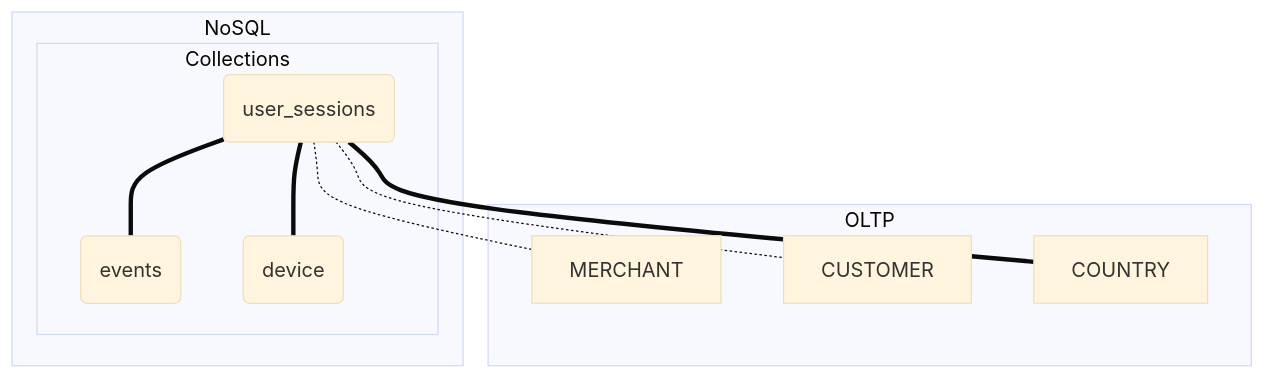
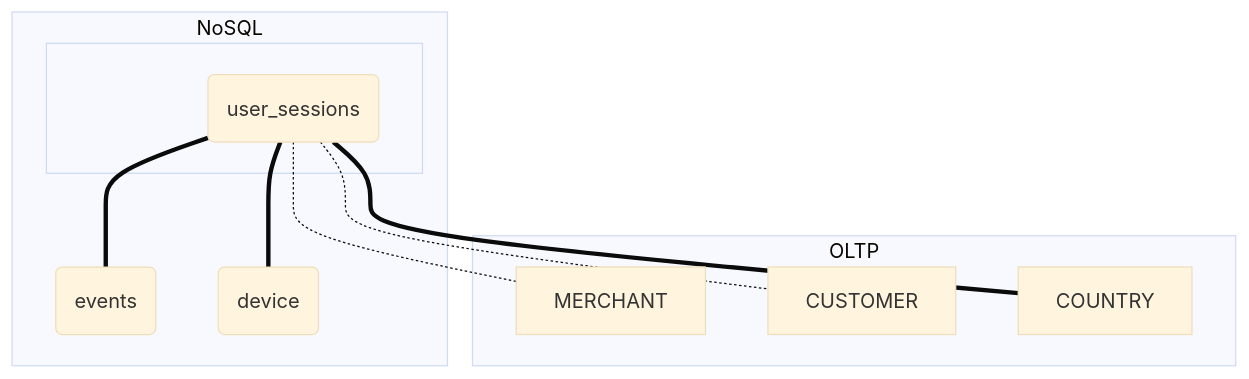
Before and after one commit to nicolaspichon-git/jedha-data-scientist-lead-bloc2--stripe-project: the diagram in sources/diagrams/stripe-project--d1-data-architecture--diagram-6-2--nosql-model-2.md, drawn with Mermaid (base theme). The commit also changed other lines of this file and 33 other files, not shown here.

````diff
--- a/sources/diagrams/stripe-project--d1-data-architecture--diagram-6-2--nosql-model-2.md
+++ b/sources/diagrams/stripe-project--d1-data-architecture--diagram-6-2--nosql-model-2.md
@@ -17,22 +17,21 @@
 ```mermaid
 flowchart TB
     subgraph OLTP["OLTP"]
         MERCHANT
         CUSTOMER
         COUNTRY
     end 
-
     subgraph NOSQL["NoSQL"]
-        subgraph COLLECTIONS["Collections"]
-            C_USER_SESSIONS("user_sessions")
-            C_US_EVENTS("events")
-            C_US_DEVICE("device")
-        end
+	    subgraph COLLS[" "]
+			C_USER_SESSIONS("user_sessions")
+	    end
+		C_US_EVENTS("events")
+		C_US_DEVICE("device")
     end
 
     C_USER_SESSIONS -.- CUSTOMER
     C_USER_SESSIONS -.- MERCHANT
     C_USER_SESSIONS === COUNTRY
     C_USER_SESSIONS === C_US_DEVICE
     C_USER_SESSIONS === C_US_EVENTS
 ```
````
